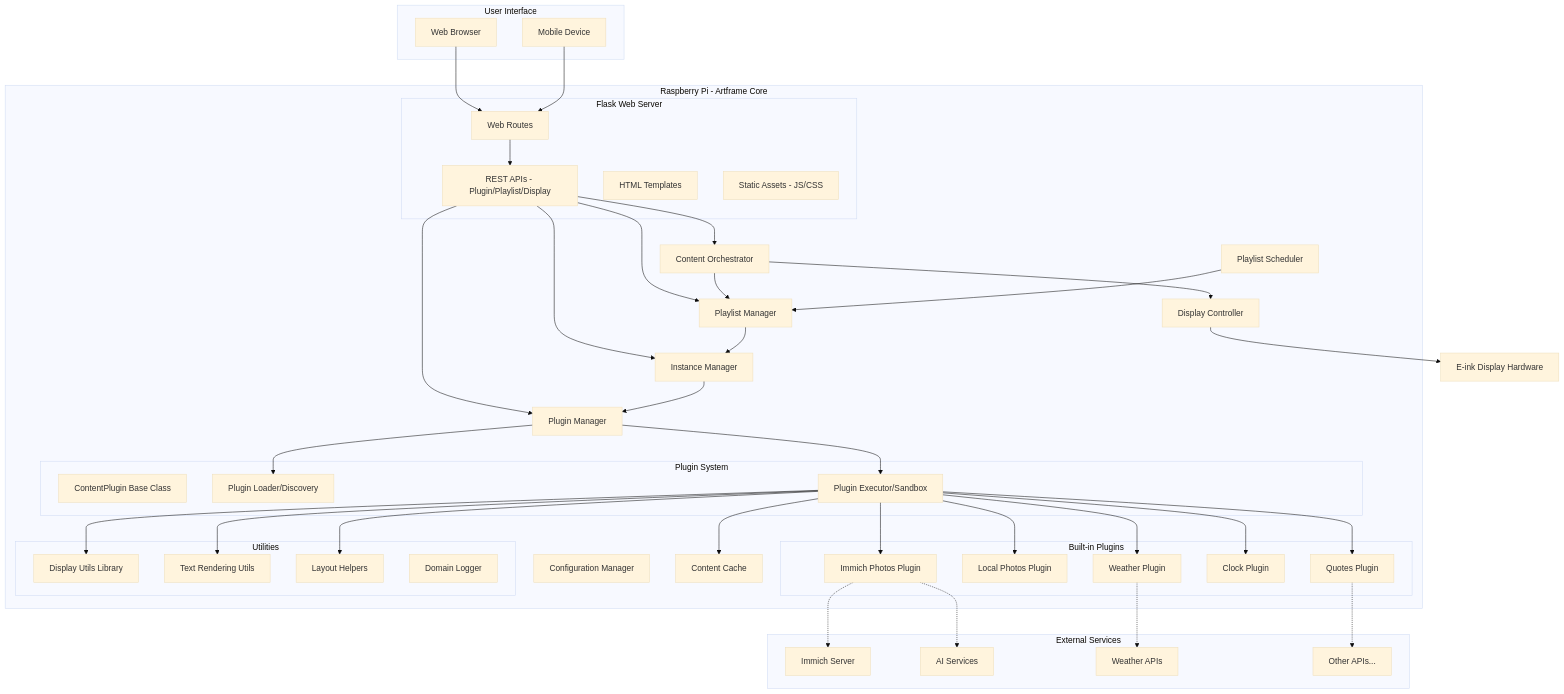
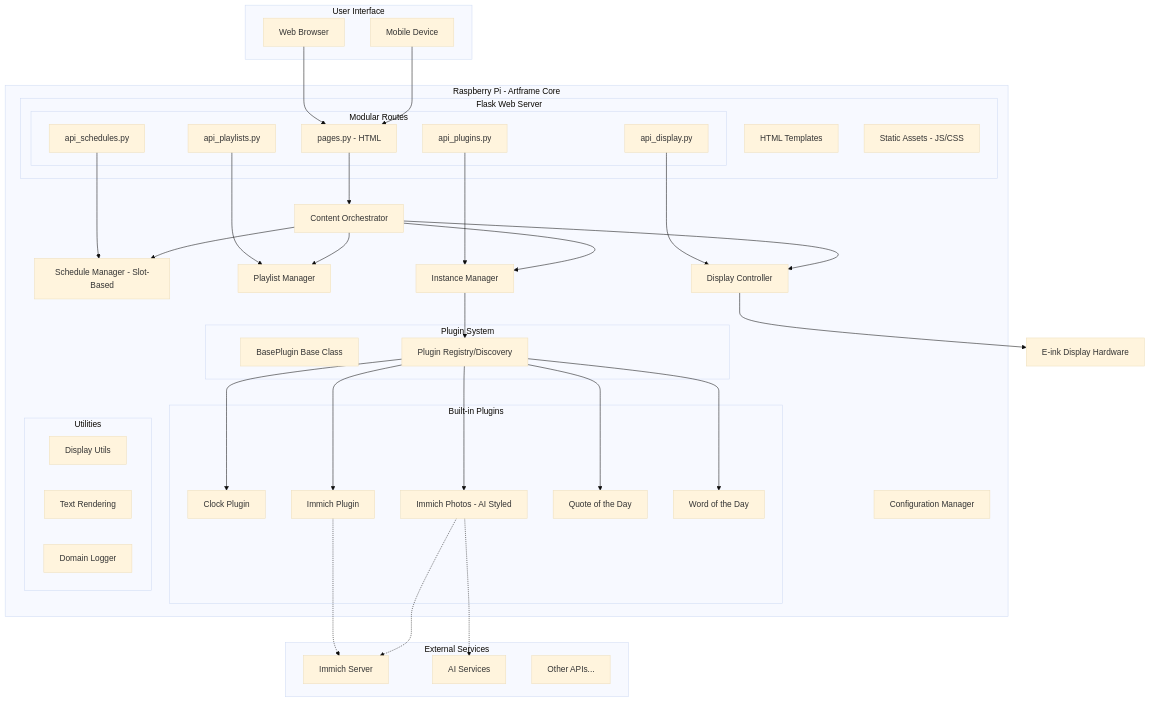
The first of 3 diagrams in technical-spec.md (sixthshift/artframe), drawn with Mermaid (base theme) before and after one commit. The commit also changed other lines of this file and 22 other files, not shown here.

First line of the commit message:
refactor(config): modernize config system for plugin architecture

````diff
--- a/technical-spec.md
+++ b/technical-spec.md
@@ -207,39 +210,40 @@
 
     subgraph "Raspberry Pi - Artframe Core"
         subgraph "Flask Web Server"
-            ROUTES[Web Routes]
-            API[REST APIs - Plugin/Playlist/Display]
+            subgraph "Modular Routes"
+                PAGES[pages.py - HTML]
+                APIPLUGINS[api_plugins.py]
+                APISCHEDULES[api_schedules.py]
+                APIPLAYLISTS[api_playlists.py]
+                APIDISPLAY[api_display.py]
+            end
             TEMPLATES[HTML Templates]
             STATIC[Static Assets - JS/CSS]
         end
 
         ORCHESTRATOR[Content Orchestrator]
-        PLUGINMGR[Plugin Manager]
+        SCHEDULEMGR[Schedule Manager - Slot-Based]
         PLAYLISTMGR[Playlist Manager]
         INSTANCEMGR[Instance Manager]
         CONFIG[Configuration Manager]
-        CACHE[Content Cache]
         DISPLAY[Display Controller]
-        SCHEDULER[Playlist Scheduler]
 
         subgraph "Plugin System"
-            PLUGINBASE[ContentPlugin Base Class]
-            PLUGINLOADER[Plugin Loader/Discovery]
-            PLUGINEXEC[Plugin Executor/Sandbox]
+            PLUGINBASE[BasePlugin Base Class]
+            PLUGINREGISTRY[Plugin Registry/Discovery]
         end
 
         subgraph "Built-in Plugins"
-            IMMICHPLUGIN[Immich Photos Plugin]
-            LOCALPLUGIN[Local Photos Plugin]
-            WEATHERPLUGIN[Weather Plugin]
             CLOCKPLUGIN[Clock Plugin]
-            QUOTEPLUGIN[Quotes Plugin]
+            IMMICHPLUGIN[Immich Plugin]
+            IMMICHSTYLE[Immich Photos - AI Styled]
+            QUOTEPLUGIN[Quote of the Day]
+            WORDPLUGIN[Word of the Day]
         end
 
         subgraph "Utilities"
-            DISPLAYUTILS[Display Utils Library]
-            TEXTRENDER[Text Rendering Utils]
-            LAYOUTUTILS[Layout Helpers]
+            DISPLAYUTILS[Display Utils]
+            TEXTRENDER[Text Rendering]
             LOGGER[Domain Logger]
         end
     end
@@ -247,43 +251,34 @@
     subgraph "External Services"
         IMMICH[Immich Server]
         AI[AI Services]
-        WEATHER[Weather APIs]
         OTHER[Other APIs...]
     end
 
     EPAPER[E-ink Display Hardware]
 
-    BROWSER --> ROUTES
-    MOBILE --> ROUTES
-    ROUTES --> API
-    API --> ORCHESTRATOR
-    API --> PLUGINMGR
-    API --> PLAYLISTMGR
-    API --> INSTANCEMGR
+    BROWSER --> PAGES
+    MOBILE --> PAGES
+    PAGES --> ORCHESTRATOR
+    APIPLUGINS --> INSTANCEMGR
+    APISCHEDULES --> SCHEDULEMGR
+    APIPLAYLISTS --> PLAYLISTMGR
+    APIDISPLAY --> DISPLAY
 
+    ORCHESTRATOR --> SCHEDULEMGR
     ORCHESTRATOR --> PLAYLISTMGR
+    ORCHESTRATOR --> INSTANCEMGR
     ORCHESTRATOR --> DISPLAY
-    PLAYLISTMGR --> INSTANCEMGR
-    INSTANCEMGR --> PLUGINMGR
-    PLUGINMGR --> PLUGINLOADER
-    PLUGINMGR --> PLUGINEXEC
+    INSTANCEMGR --> PLUGINREGISTRY
 
-    PLUGINEXEC --> IMMICHPLUGIN
-    PLUGINEXEC --> LOCALPLUGIN
-    PLUGINEXEC --> WEATHERPLUGIN
-    PLUGINEXEC --> CLOCKPLUGIN
-    PLUGINEXEC --> QUOTEPLUGIN
+    PLUGINREGISTRY --> CLOCKPLUGIN
+    PLUGINREGISTRY --> IMMICHPLUGIN
+    PLUGINREGISTRY --> IMMICHSTYLE
+    PLUGINREGISTRY --> QUOTEPLUGIN
+    PLUGINREGISTRY --> WORDPLUGIN
 
-    PLUGINEXEC --> CACHE
-    PLUGINEXEC --> DISPLAYUTILS
-    PLUGINEXEC --> TEXTRENDER
-    PLUGINEXEC --> LAYOUTUTILS
-
-    SCHEDULER --> PLAYLISTMGR
     DISPLAY --> EPAPER
 
     IMMICHPLUGIN -.-> IMMICH
-    IMMICHPLUGIN -.-> AI
-    WEATHERPLUGIN -.-> WEATHER
-    QUOTEPLUGIN -.-> OTHER
+    IMMICHSTYLE -.-> IMMICH
+    IMMICHSTYLE -.-> AI
 ```
````
